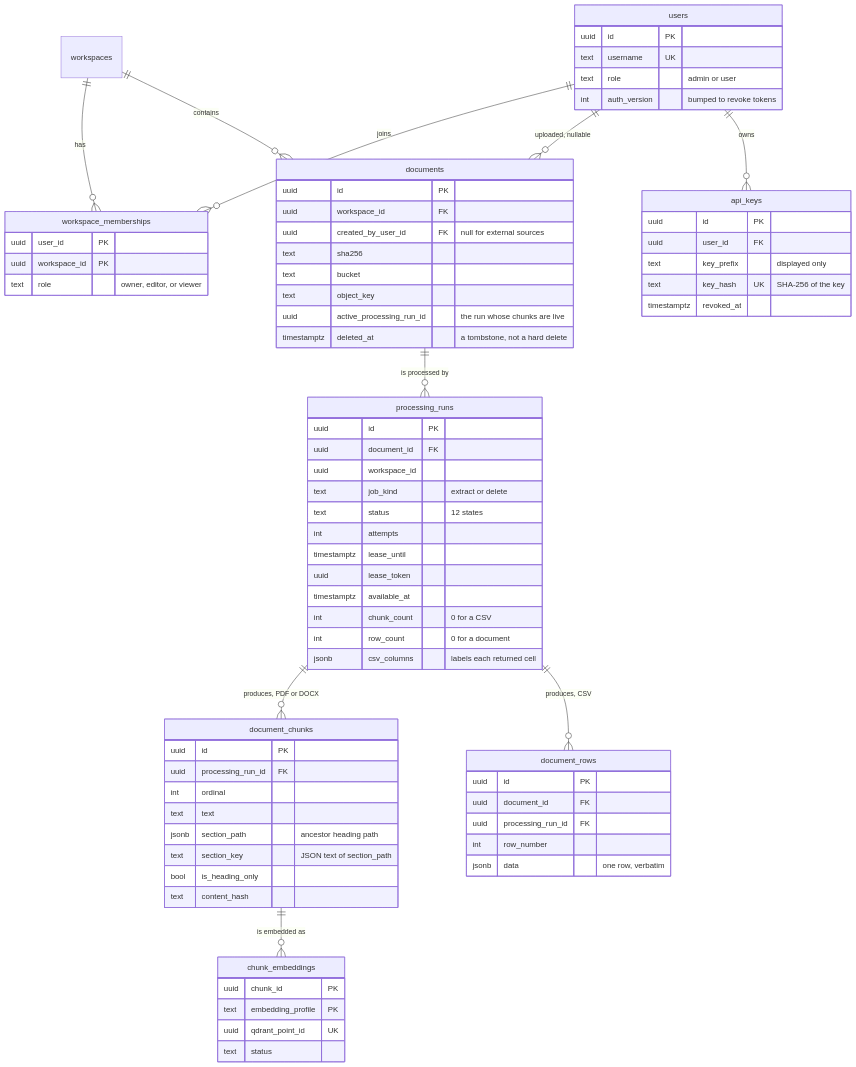
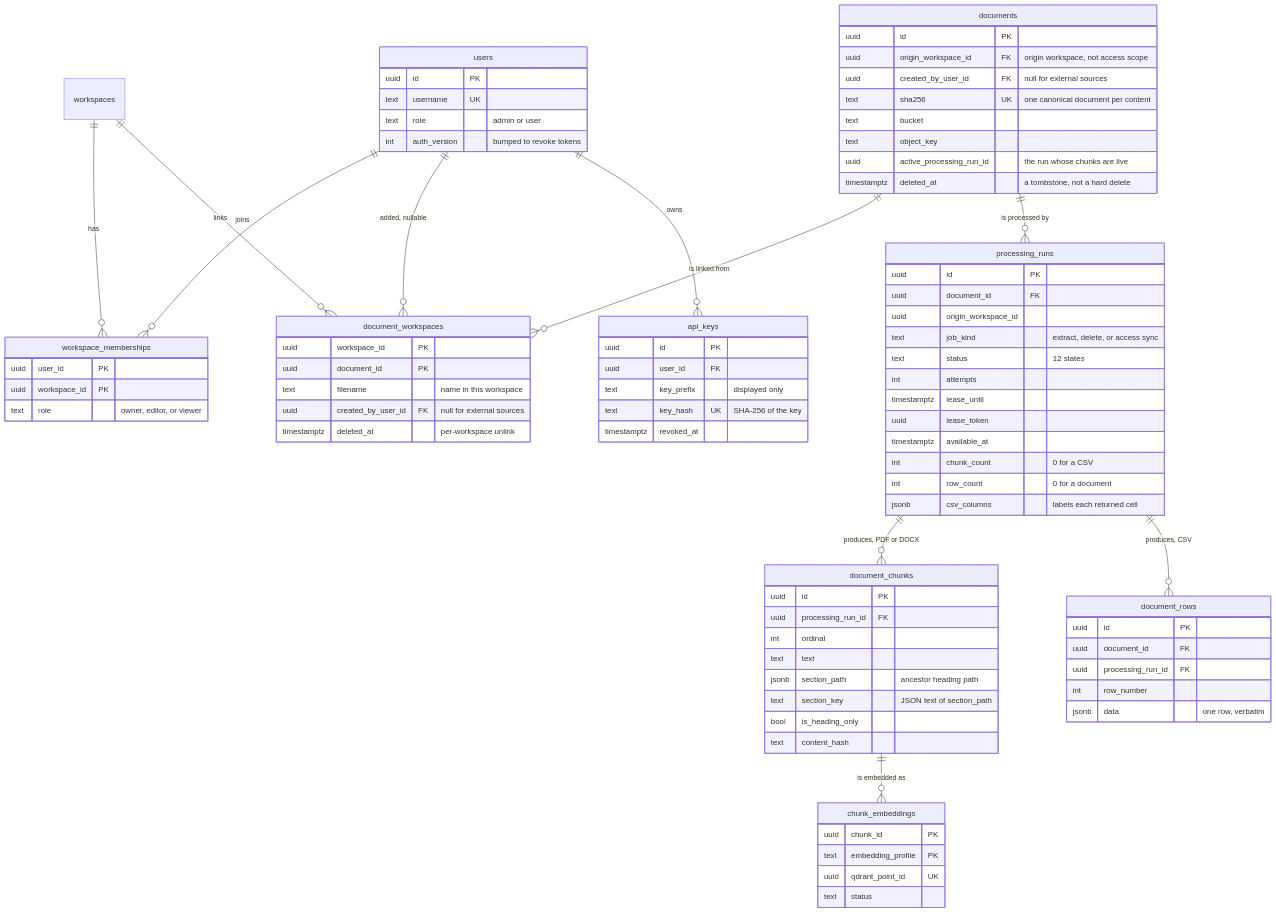
The ninth of 9 diagrams in README.md (unedtamps/retriv), drawn with Mermaid before and after one commit. The commit also changed other lines of this file and 27 other files, not shown here.

Commit message:
feat: add document on multiple workspaces

```diff
--- a/README.md
+++ b/README.md
@@ -763,8 +781,9 @@
 erDiagram
     users ||--o{ workspace_memberships : "joins"
     workspaces ||--o{ workspace_memberships : "has"
-    workspaces ||--o{ documents : "contains"
-    users ||--o{ documents : "uploaded, nullable"
+    workspaces ||--o{ document_workspaces : "links"
+    documents ||--o{ document_workspaces : "is linked from"
+    users ||--o{ document_workspaces : "added, nullable"
     users ||--o{ api_keys : "owns"
     documents ||--o{ processing_runs : "is processed by"
     processing_runs ||--o{ document_chunks : "produces, PDF or DOCX"
@@ -791,19 +810,26 @@
     }
     documents {
         uuid id PK
-        uuid workspace_id FK
+        uuid origin_workspace_id FK "origin workspace, not access scope"
         uuid created_by_user_id FK "null for external sources"
-        text sha256
+        text sha256 UK "one canonical document per content"
         text bucket
         text object_key
         uuid active_processing_run_id "the run whose chunks are live"
         timestamptz deleted_at "a tombstone, not a hard delete"
     }
+    document_workspaces {
+        uuid workspace_id PK
+        uuid document_id PK
+        text filename "name in this workspace"
+        uuid created_by_user_id FK "null for external sources"
+        timestamptz deleted_at "per-workspace unlink"
+    }
     processing_runs {
         uuid id PK
         uuid document_id FK
-        uuid workspace_id
-        text job_kind "extract or delete"
+        uuid origin_workspace_id
+        text job_kind "extract, delete, or access sync"
         text status "12 states"
         int attempts
         timestamptz lease_until
```
